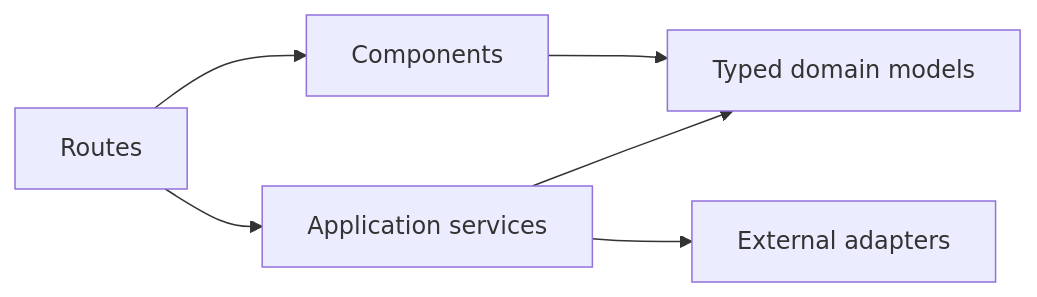
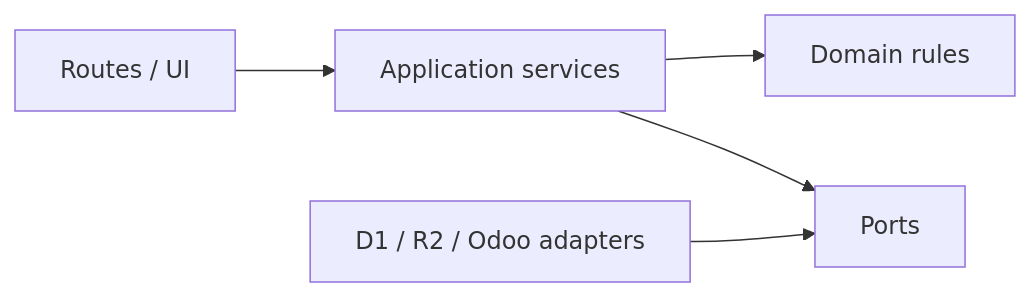
One commit to rezachidotnet/ahanassa-website changed the second of 5 diagrams in 01-sources/TECHNICAL_ARCHITECTURE.md. Above: the diagram before and after it, drawn with Mermaid. The commit also changed other lines of this file and 38 other files, not shown here.

````diff
--- a/01-sources/TECHNICAL_ARCHITECTURE.md
+++ b/01-sources/TECHNICAL_ARCHITECTURE.md
@@ -142,8 +196,7 @@
 ```mermaid
 flowchart LR
-    R["Routes"] --> C["Components"]
-    R --> S["Application services"]
-    C --> D["Typed domain models"]
-    S --> D
-    S --> A["External adapters"]
+    R["Routes / UI"] --> S["Application services"]
+    S --> D["Domain rules"]
+    S --> P["Ports"]
+    A["D1 / R2 / Odoo adapters"] --> P
 ```
````
